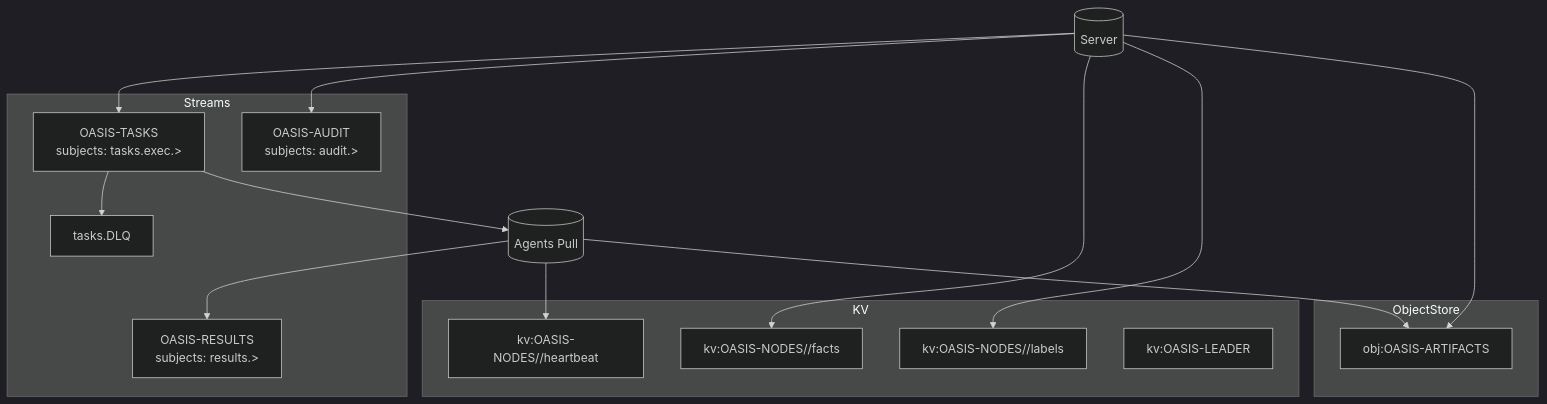
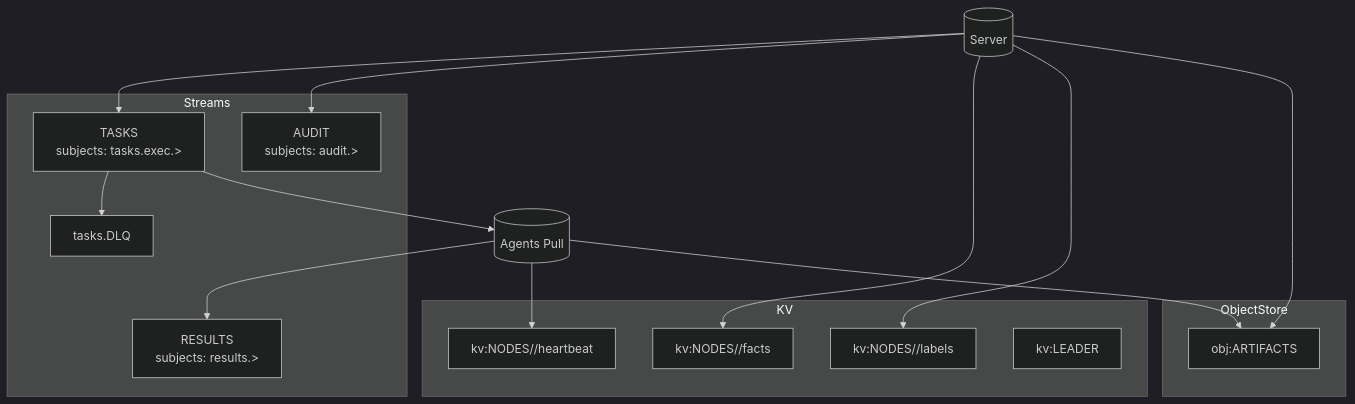
One commit to CHAK-MING/oasis changed the second of 5 diagrams in 大规模集群节点管理工具方案设计文档.md. Above: the diagram before and after it, drawn with Mermaid (dark theme). The commit also changed other lines of this file, not shown here.

````diff
--- a/大规模集群节点管理工具方案设计文档.md
+++ b/大规模集群节点管理工具方案设计文档.md
@@ -139,29 +142,29 @@
 ```mermaid
 graph TB
   subgraph Streams
-    T[OASIS-TASKS
+    T[TASKS
 subjects: tasks.exec.>] --> DLQ[tasks.DLQ]
-    R[OASIS-RESULTS
+    R[RESULTS
 subjects: results.>]
-    A[OASIS-AUDIT
+    A[AUDIT
 subjects: audit.>]
   end
   subgraph KV
-    K1[kv:OASIS-NODES/<agentId>/facts]
-    K2[kv:OASIS-NODES/<agentId>/heartbeat]
-    K3[kv:OASIS-NODES/<agentId>/labels]
-    KL[kv:OASIS-LEADER]
+    K1[kv:NODES/<agentId>/facts]
+    K2[kv:NODES/<agentId>/heartbeat]
+    K3[kv:NODES/<agentId>/labels]
+    KL[kv:LEADER]
   end
   subgraph ObjectStore
-    O[obj:OASIS-ARTIFACTS]
+    O[obj:ARTIFACTS]
   end
   T-->Agents[(Agents Pull)]
   Agents-->R
   Server[(Server)]-->T
   Server-->A
   Server-->K1
   Server-->K3
   Agents-->K2
   Server-->O
   Agents-->O
 ```
````
